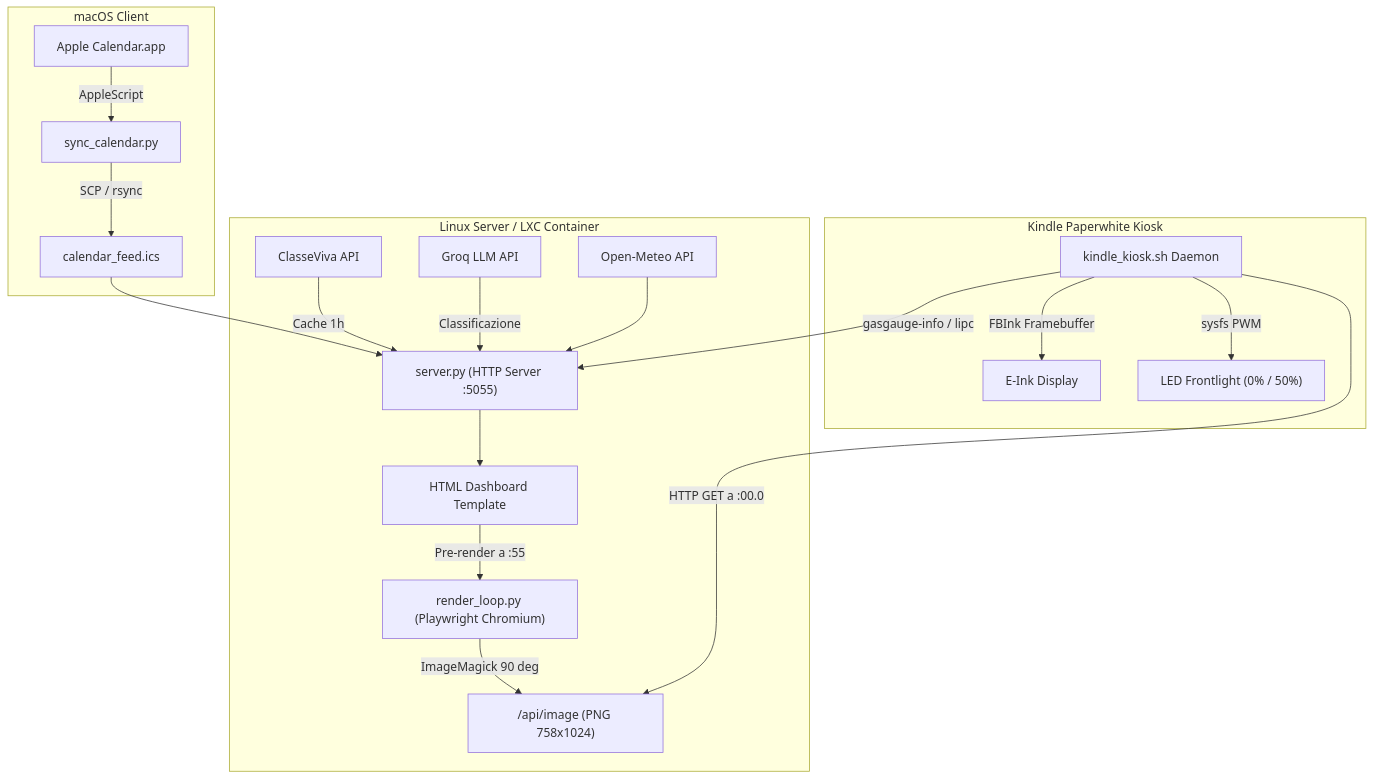
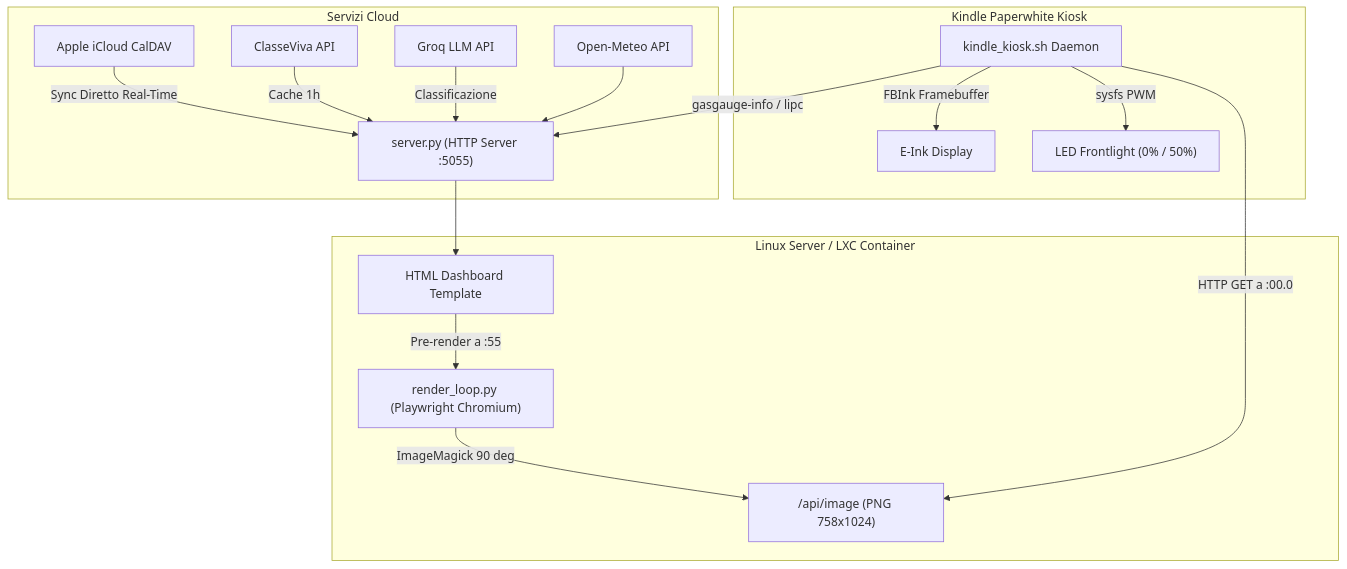
Before and after one commit to Gianlu1107/kindle-calendar: the diagram in README.md, drawn with Mermaid. The commit also changed other lines of this file and 3 other files, not shown here.

Commit message:
feat: integrazione CalDAV nativo in tempo reale con Apple iCloud senza dipendenza dal Mac

````diff
--- a/README.md
+++ b/README.md
@@ -26,24 +26,23 @@
 ```mermaid
 flowchart TD
-    subgraph Client ["macOS Client"]
-        A["Apple Calendar.app"] -->|AppleScript| B["sync_calendar.py"]
-        B -->|SCP / rsync| C["calendar_feed.ics"]
+    subgraph Cloud ["Servizi Cloud"]
+        IC["Apple iCloud CalDAV"] -->|Sync Diretto Real-Time| D
+        CV["ClasseViva API"] -->|Cache 1h| D
+        GQ["Groq LLM API"] -->|Classificazione| D
+        OM["Open-Meteo API"] --> D
     end
 
     subgraph Server ["Linux Server / LXC Container"]
-        C --> D["server.py (HTTP Server :5055)"]
-        CV["ClasseViva API"] -->|Cache 1h| D
-        GQ["Groq LLM API"] -->|Classificazione| D
-        OM["Open-Meteo API"] --> D
+        D["server.py (HTTP Server :5055)"]
         D --> E["HTML Dashboard Template"]
         E -->|Pre-render a :55| F["render_loop.py (Playwright Chromium)"]
         F -->|ImageMagick 90 deg| G["/api/image (PNG 758x1024)"]
     end
 
     subgraph Kindle ["Kindle Paperwhite Kiosk"]
         H["kindle_kiosk.sh Daemon"] -->|HTTP GET a :00.0| G
         H -->|gasgauge-info / lipc| D
         H -->|FBInk Framebuffer| I["E-Ink Display"]
         H -->|sysfs PWM| J["LED Frontlight (0% / 50%)"]
     end
 ```
````
